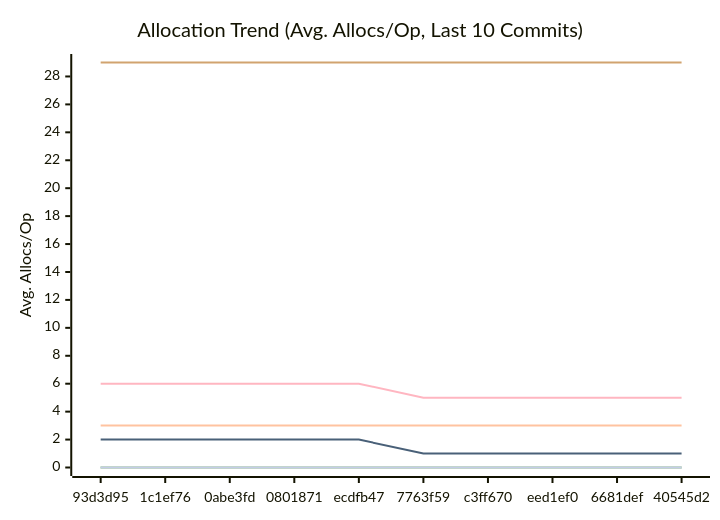
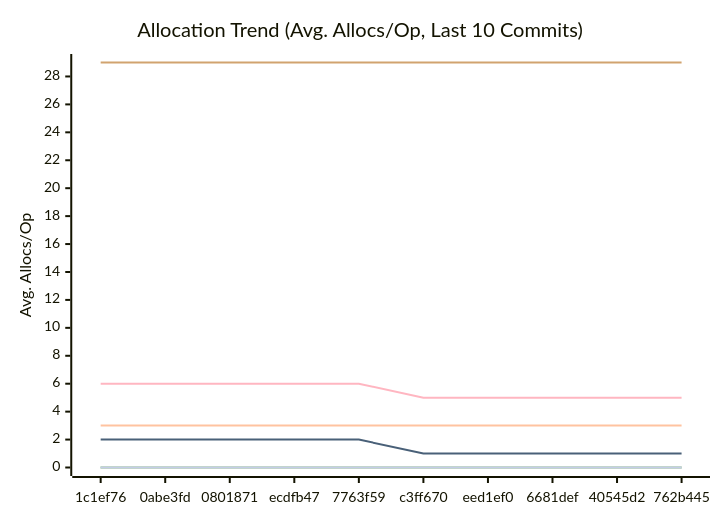
The third of 3 diagrams in docs/PERFORMANCE.md (alsotoes/momo), drawn with Mermaid before and after one commit. The commit also changed other lines of this file and 3 other files, not shown here.

````diff
--- a/docs/PERFORMANCE.md
+++ b/docs/PERFORMANCE.md
@@ -114,16 +114,16 @@
 ```mermaid
 xychart-beta
     title "Allocation Trend (Avg. Allocs/Op, Last 10 Commits)"
     x-axis "Commit"
     y-axis "Avg. Allocs/Op"
-    x-axis [93d3d95,1c1ef76,0abe3fd,0801871,ecdfb47,7763f59,c3ff670,eed1ef0,6681def,40545d2]
+    x-axis [1c1ef76,0abe3fd,0801871,ecdfb47,7763f59,c3ff670,eed1ef0,6681def,40545d2,762b445]
     line "CheckMetricsAndSwap" [0,0,0,0,0,0,0,0,0,0]
     line "CrushOptimized" [0,0,0,0,0,0,0,0,0,0]
     line "CrushOriginal" [3,3,3,3,3,3,3,3,3,3]
     line "IndexDirectTracking" [0,0,0,0,0,0,0,0,0,0]
     line "IndexSearch" [0,0,0,0,0,0,0,0,0,0]
     line "LoadGlobalConfig" [29,29,29,29,29,29,29,29,29,29]
     line "PadString" [0,0,0,0,0,0,0,0,0,0]
     line "ParseReplicationOrder_NoPrealloc" [6,6,6,6,6,5,5,5,5,5]
     line "ParseReplicationOrder_Prealloc" [2,2,2,2,2,1,1,1,1,1]
 ```
````
